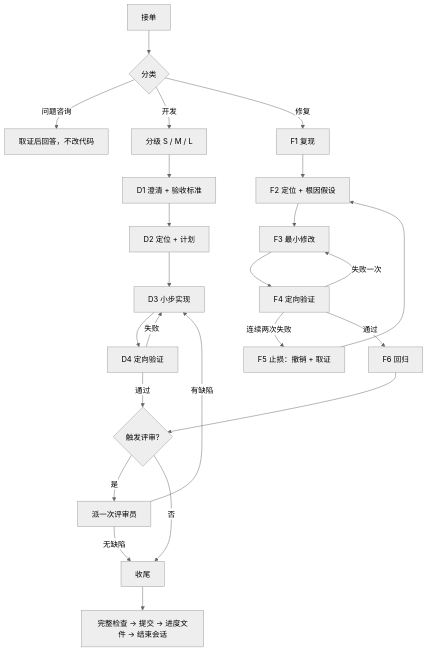
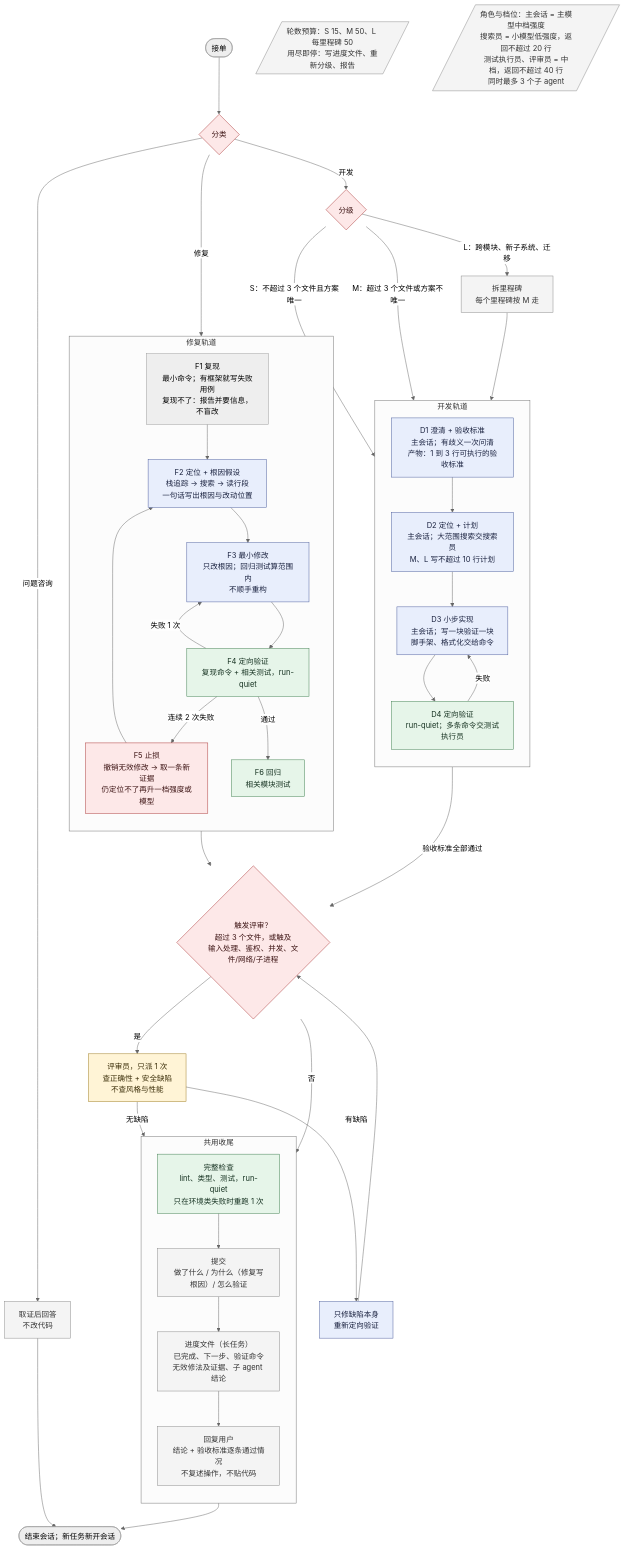
One commit to NeilYLiu/Tokenconsumption changed the diagram in WORKFLOW.md. Above: the diagram before and after it, drawn with Mermaid (neutral theme). The commit also changed other lines of this file and 4 other files, not shown here.

Commit message:
添加流程图：docs/workflow.mmd 源文件与渲染的 svg、png；WORKFLOW.md 改用完整版图

````diff
--- a/WORKFLOW.md
+++ b/WORKFLOW.md
@@ -15,26 +17,66 @@
 ```mermaid
 flowchart TD
-  A[接单] --> B{分类}
-  B -->|问题咨询| Q[取证后回答，不改代码]
-  B -->|开发| S[分级 S / M / L]
-  B -->|修复| F1[F1 复现]
-  S --> D1[D1 澄清 + 验收标准]
-  D1 --> D2[D2 定位 + 计划]
-  D2 --> D3[D3 小步实现]
-  D3 --> D4[D4 定向验证]
-  D4 -->|失败| D3
-  D4 -->|通过| R{触发评审?}
-  F1 --> F2[F2 定位 + 根因假设]
-  F2 --> F3[F3 最小修改]
-  F3 --> F4[F4 定向验证]
-  F4 -->|失败一次| F3
-  F4 -->|连续两次失败| F5[F5 止损：撤销 + 取证]
-  F5 --> F2
-  F4 -->|通过| F6[F6 回归]
-  F6 --> R
-  R -->|是| RV[派一次评审员]
-  R -->|否| E[收尾]
-  RV -->|有缺陷| D3
+  A([接单]) --> B{分类}
+  B -->|问题咨询| Q["取证后回答<br/>不改代码"] --> Z
+  B -->|开发| SZ{"分级"}
+  B -->|修复| F1
+
+  SZ -->|"S：不超过 3 个文件且方案唯一"| D1
+  SZ -->|"M：超过 3 个文件或方案不唯一"| D1
+  SZ -->|"L：跨模块、新子系统、迁移"| L0["拆里程碑<br/>每个里程碑按 M 走"] --> D1
+
+  subgraph DEV["开发轨道"]
+    direction TB
+    D1["D1 澄清 + 验收标准<br/>主会话；有歧义一次问清<br/>产物：1 到 3 行可执行的验收标准"]
+    D2["D2 定位 + 计划<br/>主会话；大范围搜索交搜索员<br/>M、L 写不超过 10 行计划"]
+    D3["D3 小步实现<br/>主会话；写一块验证一块<br/>脚手架、格式化交给命令"]
+    D4["D4 定向验证<br/>run-quiet；多条命令交测试执行员"]
+    D1 --> D2 --> D3 --> D4
+    D4 -->|失败| D3
+  end
+
+  subgraph FIX["修复轨道"]
+    direction TB
+    F1["F1 复现<br/>最小命令；有框架就写失败用例<br/>复现不了：报告并要信息，不盲改"]
+    F2["F2 定位 + 根因假设<br/>栈追踪 → 搜索 → 读行段<br/>一句话写出根因与改动位置"]
+    F3["F3 最小修改<br/>只改根因；回归测试算范围内<br/>不顺手重构"]
+    F4["F4 定向验证<br/>复现命令 + 相关测试，run-quiet"]
+    F5["F5 止损<br/>撤销无效修改 → 取一条新证据<br/>仍定位不了再升一档强度或模型"]
+    F6["F6 回归<br/>相关模块测试"]
+    F1 --> F2 --> F3 --> F4
+    F4 -->|失败 1 次| F3
+    F4 -->|连续 2 次失败| F5 --> F2
+    F4 -->|通过| F6
+  end
+
+  D4 -->|验收标准全部通过| R
+  F6 --> R{"触发评审？<br/>超过 3 个文件，或触及<br/>输入处理、鉴权、并发、文件/网络/子进程"}
+  R -->|是| RV["评审员，只派 1 次<br/>查正确性 + 安全缺陷<br/>不查风格与性能"]
+  RV -->|有缺陷| FX["只修缺陷本身<br/>重新定向验证"] --> R
   RV -->|无缺陷| E
-  E --> E1[完整检查 → 提交 → 进度文件 → 结束会话]
+  R -->|否| E
+
+  subgraph END["共用收尾"]
+    direction TB
+    E["完整检查<br/>lint、类型、测试，run-quiet<br/>只在环境类失败时重跑 1 次"]
+    E2["提交<br/>做了什么 / 为什么（修复写根因）/ 怎么验证"]
+    E3["进度文件（长任务）<br/>已完成、下一步、验证命令<br/>无效修法及证据、子 agent 结论"]
+    E4["回复用户<br/>结论 + 验收标准逐条通过情况<br/>不复述操作，不贴代码"]
+    E --> E2 --> E3 --> E4
+  end
+  E4 --> Z([结束会话；新任务新开会话])
+
+  BUDGET[/"轮数预算：S 15、M 50、L 每里程碑 50<br/>用尽即停：写进度文件、重新分级、报告"/]
+  ROLES[/"角色与档位：主会话 = 主模型中档强度<br/>搜索员 = 小模型低强度，返回不超过 20 行<br/>测试执行员、评审员 = 中档，返回不超过 40 行<br/>同时最多 3 个子 agent"/]
+
+  classDef main fill:#e8eefc,stroke:#4a5b9c,color:#1b2340
+  classDef small fill:#e6f5e9,stroke:#3d7d4d,color:#173322
+  classDef mid fill:#fff4d6,stroke:#9c7a1f,color:#3a2d08
+  classDef gate fill:#fde8e8,stroke:#a33,color:#3d1414
+  classDef note fill:#f4f4f4,stroke:#888,color:#333
+  class D1,D2,D3,F2,F3,FX main
+  class D4,F4,F6,E small
+  class RV mid
+  class B,SZ,R,F5 gate
+  class BUDGET,ROLES,L0,Q,E2,E3,E4 note
 ```
````
